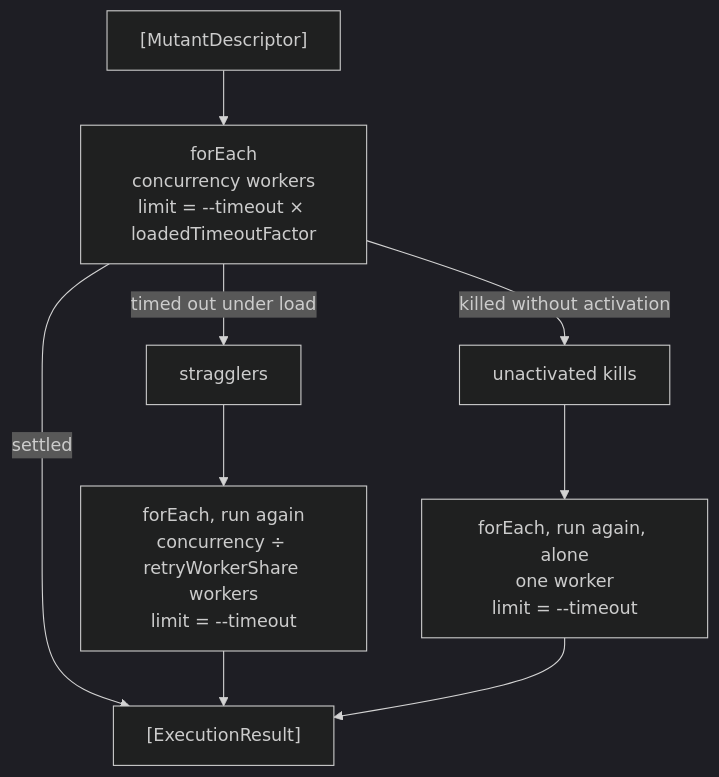
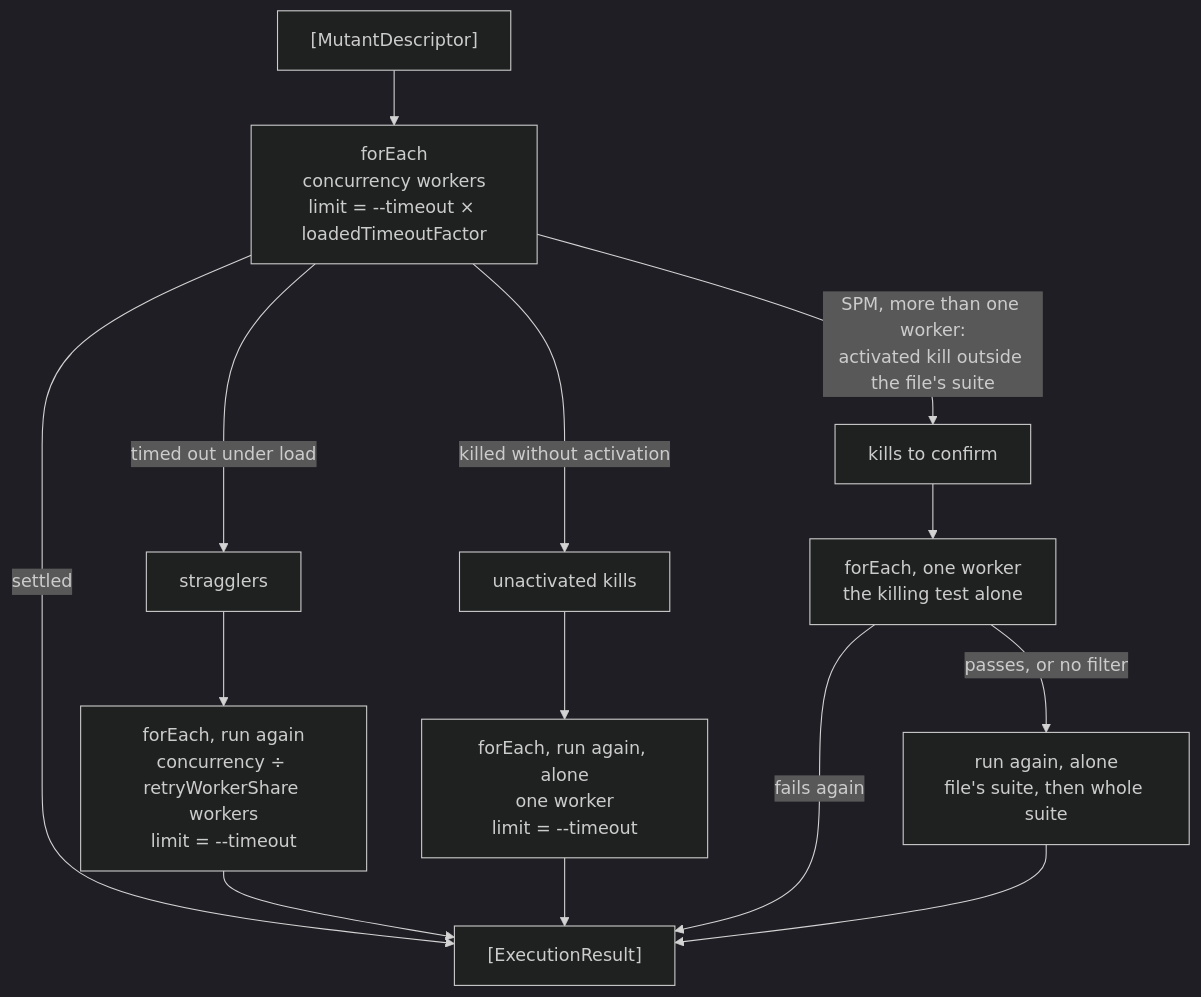
The third of 6 diagrams in Docs/CodeBase/07-execution.md (ericodx/swift-mutation-testing), drawn with Mermaid (dark theme) before and after one commit. The commit also changed other lines of this file and 4 other files, not shown here.

Commit message:
docs: describe confirming a kill made in parallel outside the mutated file's suite, and KillerTestFilter

````diff
--- a/Docs/CodeBase/07-execution.md
+++ b/Docs/CodeBase/07-execution.md
@@ -358,11 +360,16 @@
 ```mermaid
 flowchart TD
     MUTANTS["[MutantDescriptor]"] --> GROUP["forEach<br>concurrency workers<br>limit = --timeout × loadedTimeoutFactor"]
     GROUP -- settled --> RESULTS["[ExecutionResult]"]
     GROUP -- "timed out under load" --> STRAGGLERS["stragglers"]
     STRAGGLERS --> AGAIN["forEach, run again<br>concurrency ÷ retryWorkerShare workers<br>limit = --timeout"]
     AGAIN --> RESULTS
     GROUP -- "killed without activation" --> UNACTIVATED["unactivated kills"]
     UNACTIVATED --> ALONE["forEach, run again, alone<br>one worker<br>limit = --timeout"]
     ALONE --> RESULTS
+    GROUP -- "SPM, more than one worker:<br>activated kill outside the file's suite" --> PARALLEL["kills to confirm"]
+    PARALLEL --> KILLER["forEach, one worker<br>the killing test alone"]
+    KILLER -- "fails again" --> RESULTS
+    KILLER -- "passes, or no filter" --> ALONE2["run again, alone<br>file's suite, then whole suite"]
+    ALONE2 --> RESULTS
 ```
````
